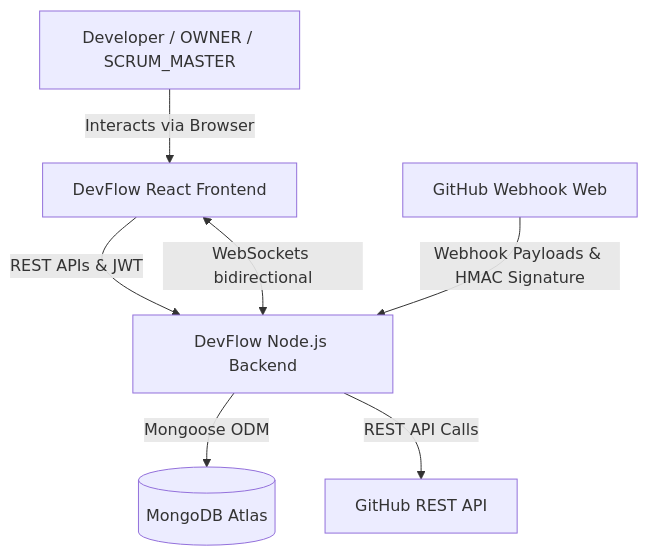
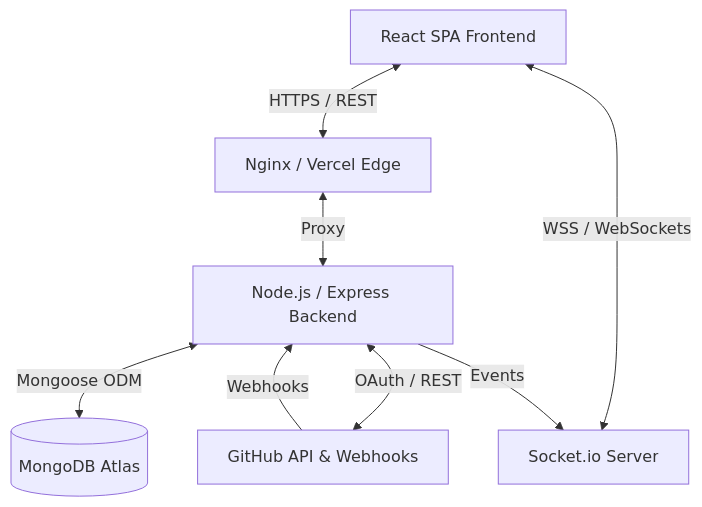
Before and after one commit to JEN-chad/DevFlow: the first of 6 diagrams in README.md, drawn with Mermaid. The commit also changed other lines of this file, not shown here.

````diff
--- a/README.md
+++ b/README.md
@@ -57,9 +77,17 @@
 ```mermaid
 graph TD
-    Developer[Developer / OWNER / SCRUM_MASTER] -->|Interacts via Browser| Frontend[DevFlow React Frontend]
-    Frontend -->|REST APIs & JWT| Backend[DevFlow Node.js Backend]
-    Frontend <-->|WebSockets bidirectional| Backend
-    Backend -->|Mongoose ODM| MongoDB[(MongoDB Atlas)]
-    Backend -->|REST API Calls| GitHubAPI[GitHub REST API]
-    GitHubWebhooks[GitHub Webhook Web] -->|Webhook Payloads & HMAC Signature| Backend
+    Client[React SPA Frontend]
+    Nginx[Nginx / Vercel Edge]
+    Node[Node.js / Express Backend]
+    DB[(MongoDB Atlas)]
+    Socket[Socket.io Server]
+    GitHub[GitHub API & Webhooks]
+
+    Client <-->|HTTPS / REST| Nginx
+    Client <-->|WSS / WebSockets| Socket
+    Nginx <-->|Proxy| Node
+    Node <-->|Mongoose ODM| DB
+    Node <-->|OAuth / REST| GitHub
+    GitHub -->|Webhooks| Node
+    Node -->|Events| Socket
 ```
````
